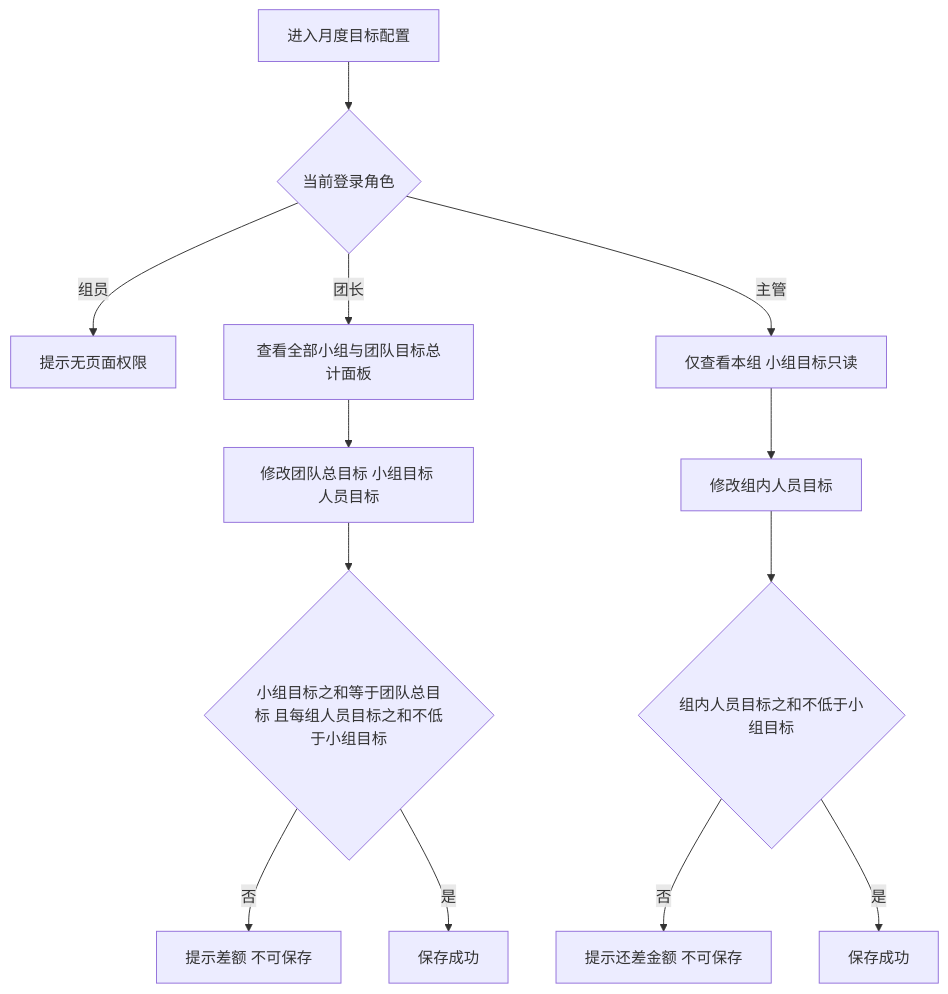
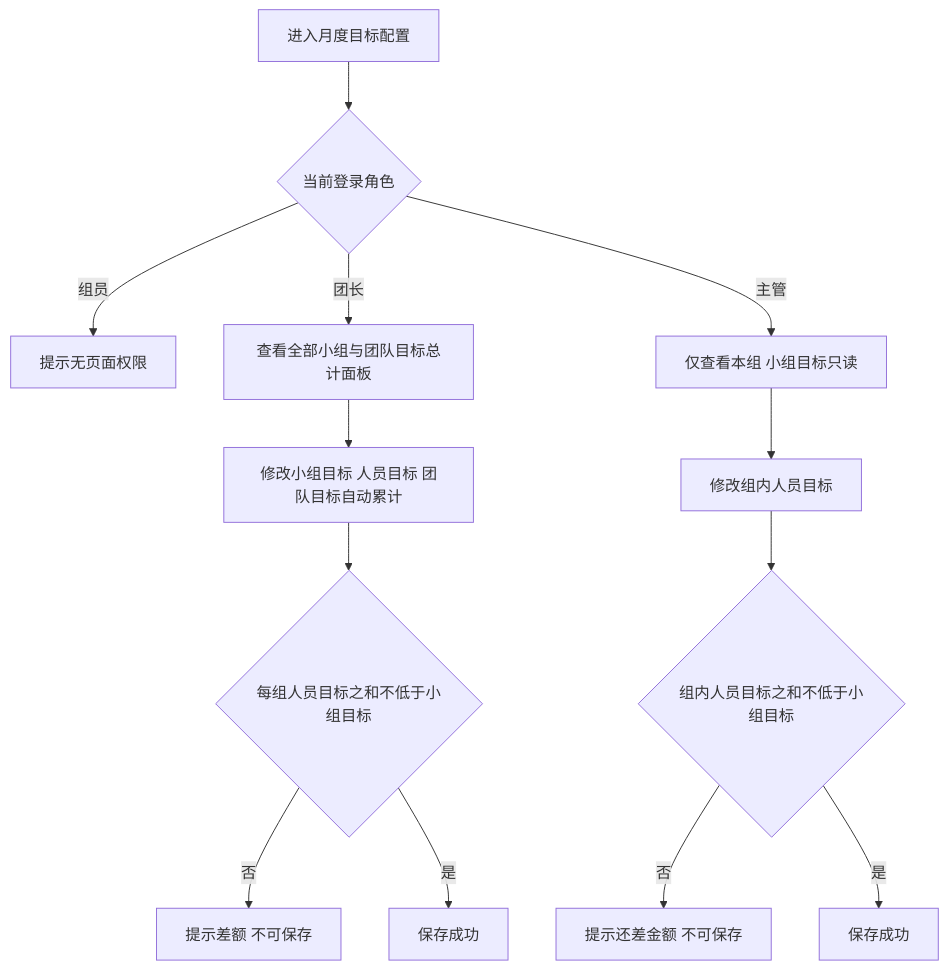
Before and after one commit to Yping-98/prototypes: the third of 3 diagrams in tiyanying-salary-system/PRD-体验营薪酬体系线上化.md, drawn with Mermaid. The commit also changed other lines of this file and 1 other file, not shown here.

````diff
--- a/tiyanying-salary-system/PRD-体验营薪酬体系线上化.md
+++ b/tiyanying-salary-system/PRD-体验营薪酬体系线上化.md
@@ -98,15 +98,16 @@
 ```mermaid
 flowchart TD
     A[进入月度目标配置] --> B{当前登录角色}
     B -->|组员| C[提示无页面权限]
     B -->|团长| D[查看全部小组与团队目标总计面板]
-    D --> E[修改团队总目标 小组目标 人员目标]
-    E --> F{小组目标之和等于团队总目标 且每组人员目标之和不低于小组目标}
+    D --> E[修改小组目标 人员目标 团队目标自动累计]
+    E --> F{每组人员目标之和不低于小组目标}
     F -->|否| G[提示差额 不可保存]
     F -->|是| H[保存成功]
     B -->|主管| I[仅查看本组 小组目标只读]
     I --> J[修改组内人员目标]
     J --> K{组内人员目标之和不低于小组目标}
     K -->|否| L[提示还差金额 不可保存]
     K -->|是| M[保存成功]
+
 ```
````
